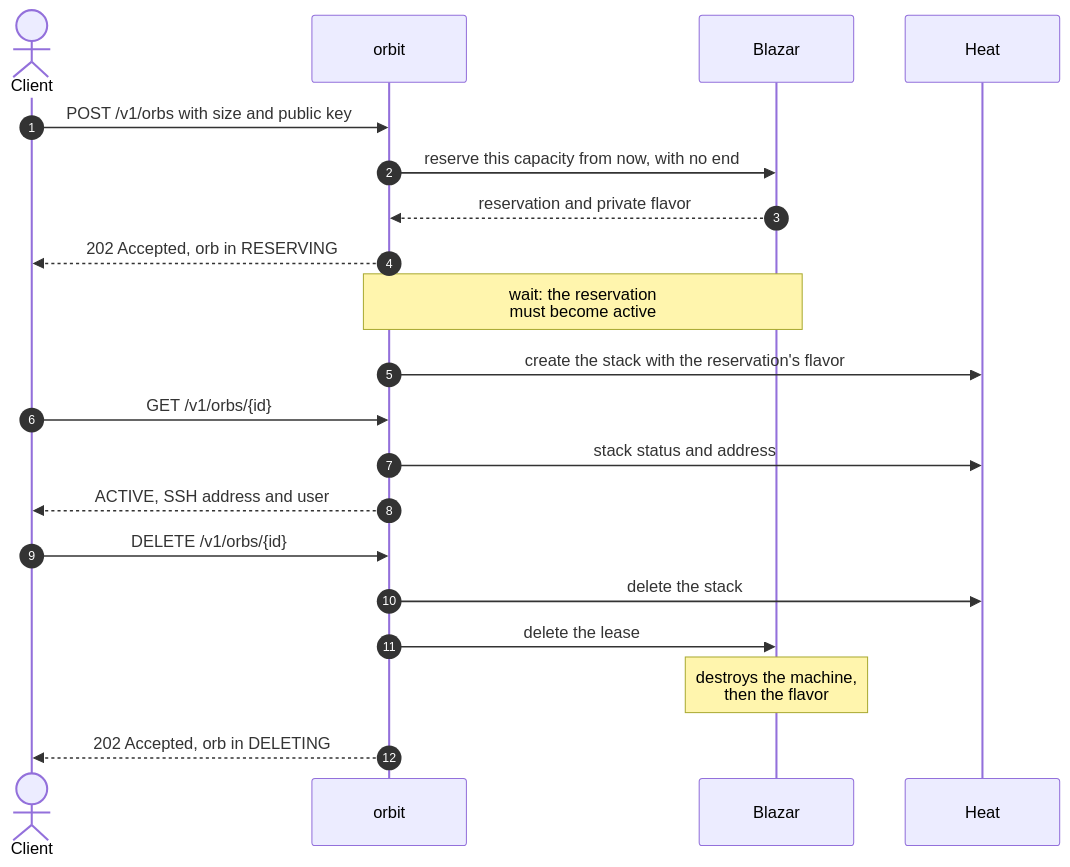
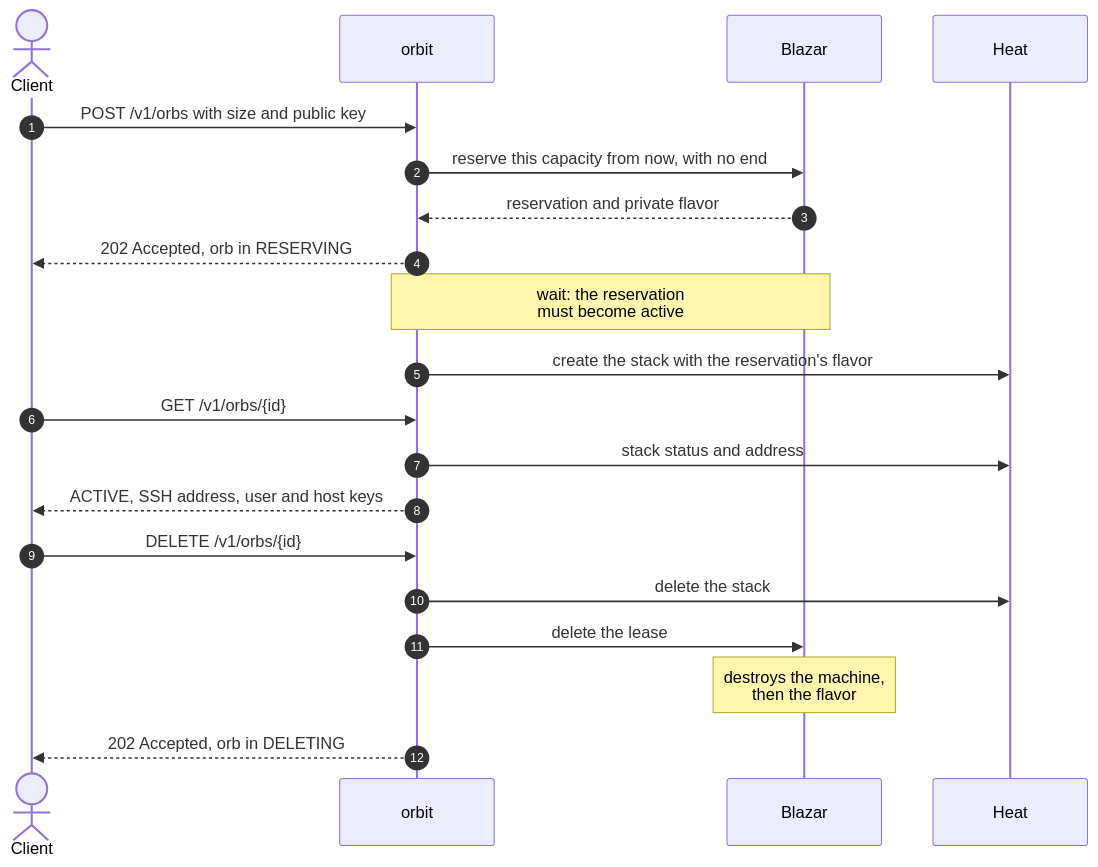
One commit to taekwondodev/orbit changed the diagram in README.md. Above: the diagram before and after it, drawn with Mermaid. The commit also changed other lines of this file and 43 other files, not shown here.

Commit message:
feat: publish SSH host keys and bound SSH access (#8)

````diff
--- a/README.md
+++ b/README.md
@@ -43,26 +44,26 @@
 ```mermaid
 sequenceDiagram
     autonumber
     actor C as Client
     participant A as orbit
     participant B as Blazar
     participant H as Heat
 
     C->>A: POST /v1/orbs with size and public key
     A->>B: reserve this capacity from now, with no end
     B-->>A: reservation and private flavor
     A-->>C: 202 Accepted, orb in RESERVING
 
     Note over A,B: wait: the reservation<br/>must become active
     A->>H: create the stack with the reservation's flavor
 
     C->>A: GET /v1/orbs/{id}
     A->>H: stack status and address
-    A-->>C: ACTIVE, SSH address and user
+    A-->>C: ACTIVE, SSH address, user and host keys
 
     C->>A: DELETE /v1/orbs/{id}
     A->>H: delete the stack
     A->>B: delete the lease
     Note over B: destroys the machine,<br/>then the flavor
     A-->>C: 202 Accepted, orb in DELETING
 ```
````
